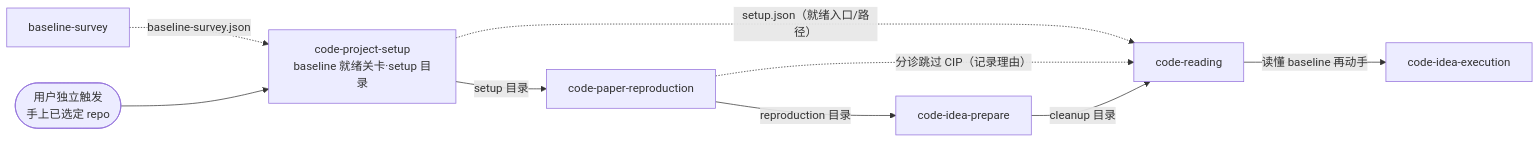
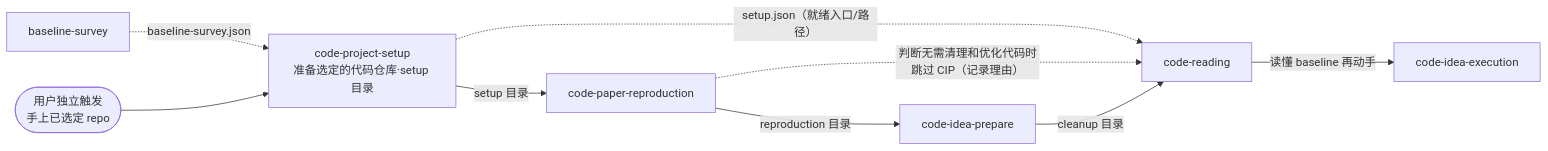
One commit to jackwang0108/dl-assistant changed the first of 3 diagrams in plugins/dl-assistant/skills/code-project-setup/SKILL.md. Above: the diagram before and after it, drawn with Mermaid. The commit also changed other lines of this file and 143 other files, not shown here.

````diff
--- a/plugins/dl-assistant/skills/code-project-setup/SKILL.md
+++ b/plugins/dl-assistant/skills/code-project-setup/SKILL.md
@@ -57,12 +57,12 @@
 ```mermaid
 flowchart LR
     BS[baseline-survey] -.->|baseline-survey.json| CPS
     USER(["用户独立触发<br/>手上已选定 repo"]) --> CPS
-    CPS["code-project-setup<br/>baseline 就绪关卡·setup 目录"]
+    CPS["code-project-setup<br/>准备选定的代码仓库·setup 目录"]
     CPS -->|setup 目录| CPR[code-paper-reproduction]
     CPS -.->|setup.json（就绪入口/路径）| CR
     CPR -->|reproduction 目录| CIP[code-idea-prepare]
-    CPR -.->|分诊跳过 CIP（记录理由）| CR
+    CPR -.->|判断无需清理和优化代码时跳过 CIP（记录理由）| CR
     CIP -->|cleanup 目录| CR[code-reading]
     CR -->|读懂 baseline 再动手| EX[code-idea-execution]
 ```
````
